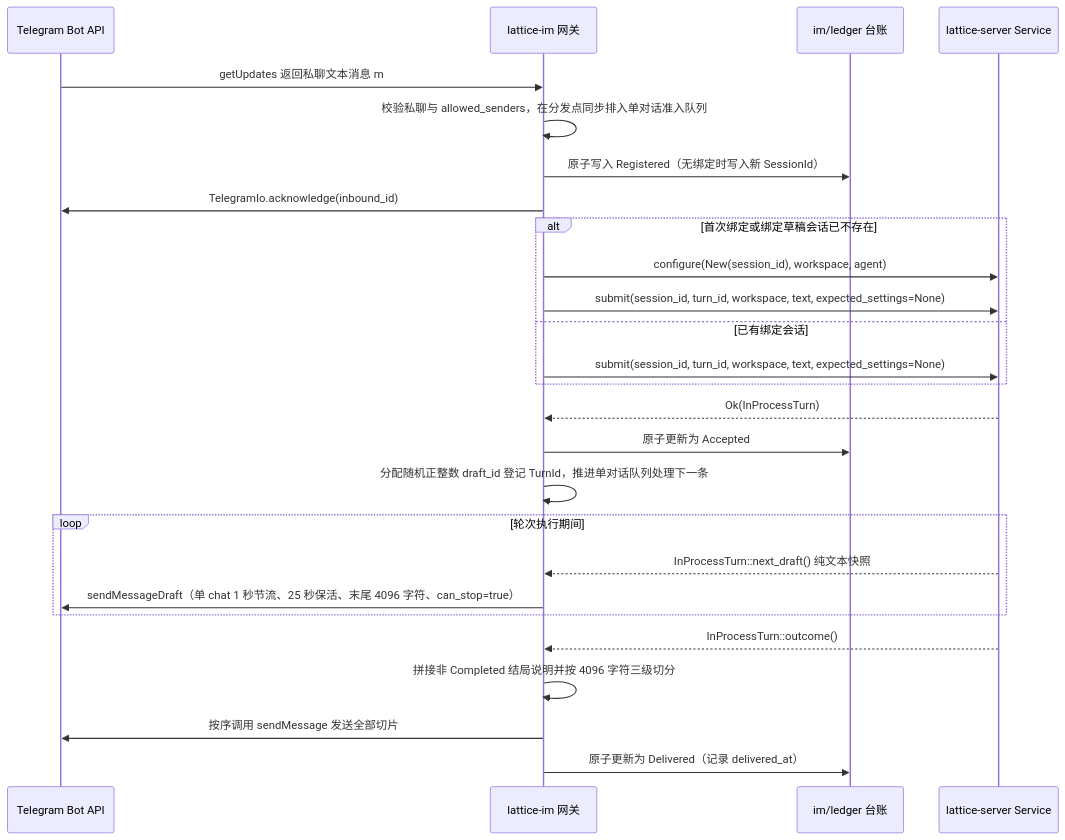
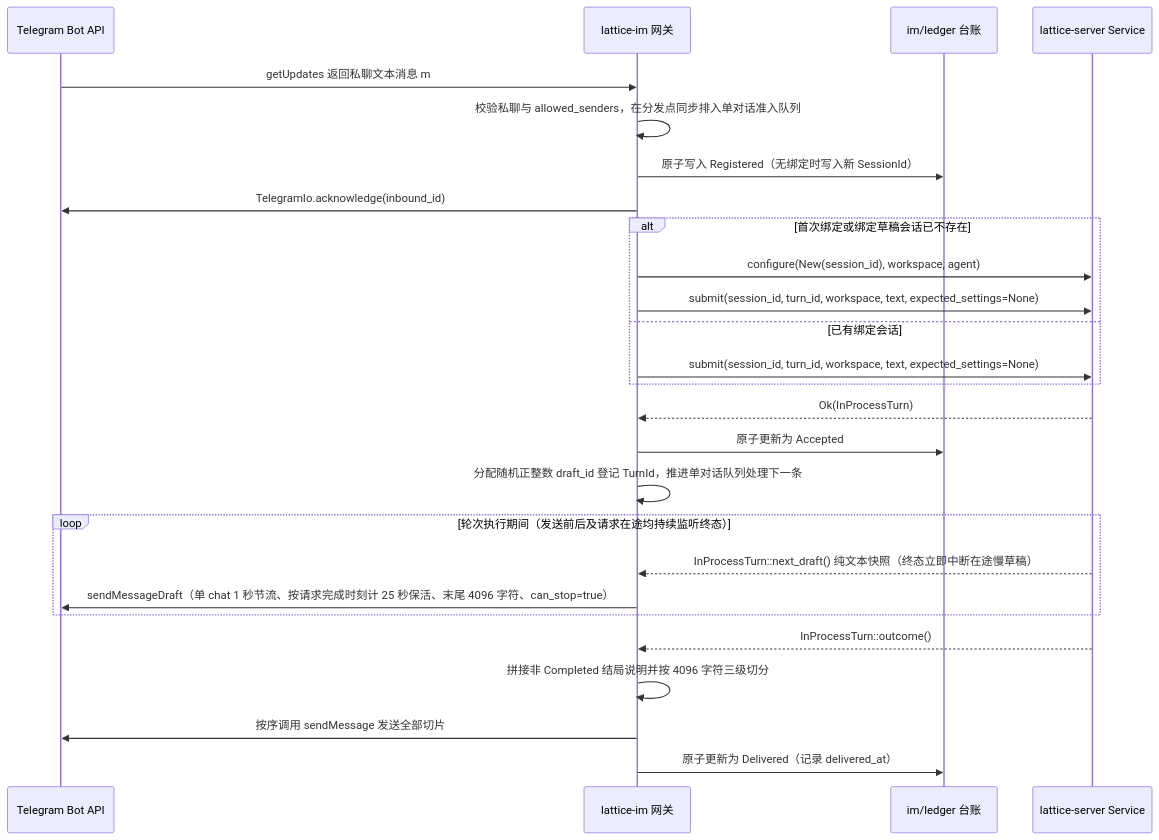
Before and after one commit to Skyline10124/lattice: the first of 2 diagrams in docs/architecture/im.md, drawn with Mermaid. The commit also changed other lines of this file and 5 other files, not shown here.

````diff
--- a/docs/architecture/im.md
+++ b/docs/architecture/im.md
@@ -82,29 +82,29 @@
 ```mermaid
 sequenceDiagram
     participant TG as Telegram Bot API
     participant IM as lattice-im 网关
     participant LG as im/ledger 台账
     participant SV as lattice-server Service
 
     TG->>IM: getUpdates 返回私聊文本消息 m
     IM->>IM: 校验私聊与 allowed_senders，在分发点同步排入单对话准入队列
     IM->>LG: 原子写入 Registered（无绑定时写入新 SessionId）
     IM->>TG: TelegramIo.acknowledge(inbound_id)
     alt 首次绑定或绑定草稿会话已不存在
         IM->>SV: configure(New(session_id), workspace, agent)
         IM->>SV: submit(session_id, turn_id, workspace, text, expected_settings=None)
     else 已有绑定会话
         IM->>SV: submit(session_id, turn_id, workspace, text, expected_settings=None)
     end
     SV-->>IM: Ok(InProcessTurn)
     IM->>LG: 原子更新为 Accepted
     IM->>IM: 分配随机正整数 draft_id 登记 TurnId，推进单对话队列处理下一条
-    loop 轮次执行期间
-        SV-->>IM: InProcessTurn::next_draft() 纯文本快照
-        IM->>TG: sendMessageDraft（单 chat 1 秒节流、25 秒保活、末尾 4096 字符、can_stop=true）
+    loop 轮次执行期间（发送前后及请求在途均持续监听终态）
+        SV-->>IM: InProcessTurn::next_draft() 纯文本快照（终态立即中断在途慢草稿）
+        IM->>TG: sendMessageDraft（单 chat 1 秒节流、按请求完成时刻计 25 秒保活、末尾 4096 字符、can_stop=true）
     end
     SV-->>IM: InProcessTurn::outcome()
     IM->>IM: 拼接非 Completed 结局说明并按 4096 字符三级切分
     IM->>TG: 按序调用 sendMessage 发送全部切片
     IM->>LG: 原子更新为 Delivered（记录 delivered_at）
 ```
````
